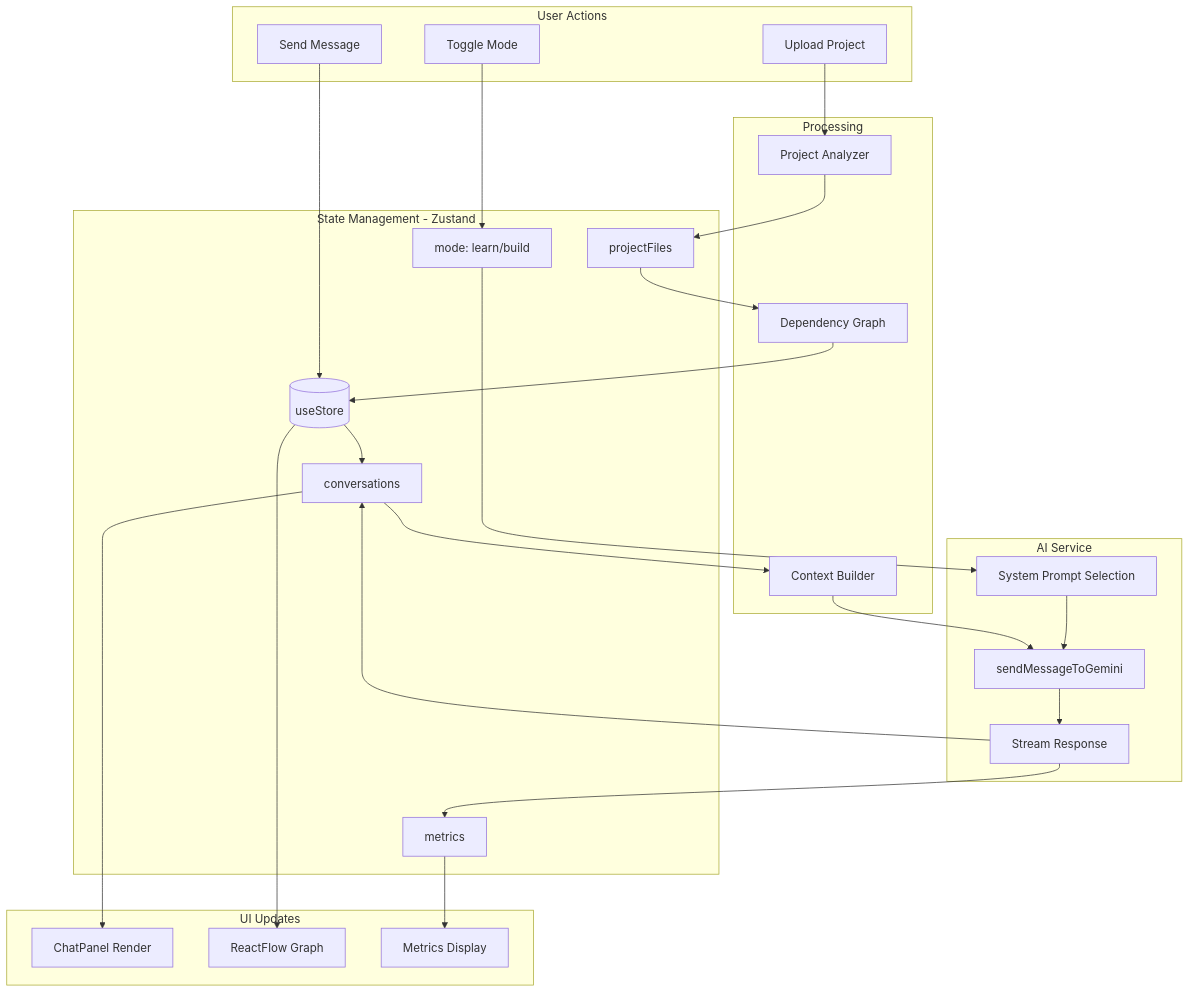
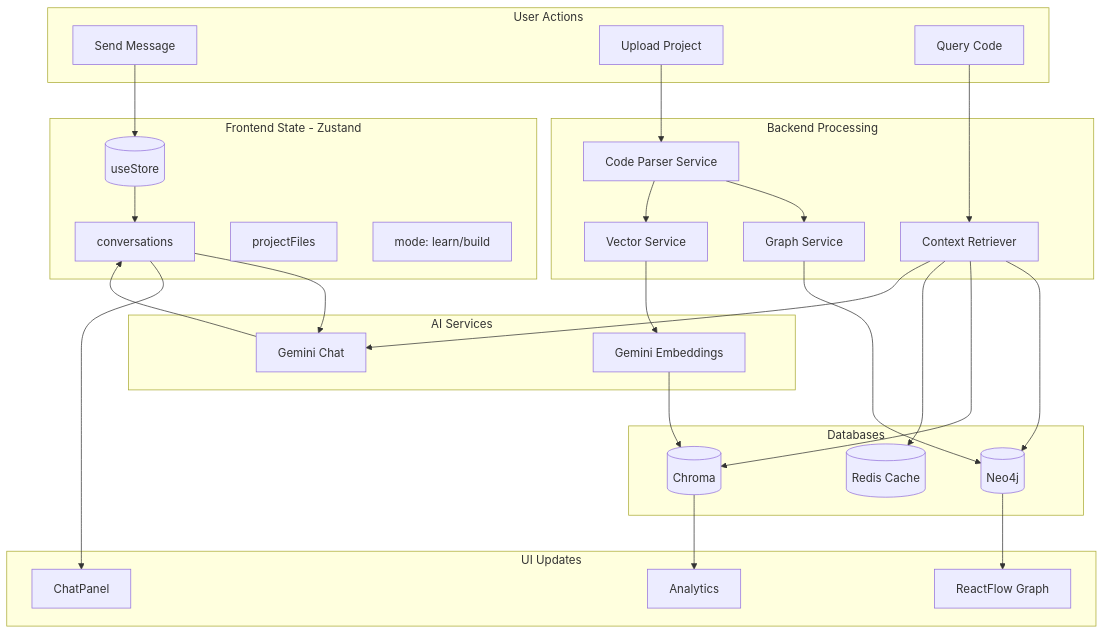
One commit to Ishan-K9868/socraticDev-final changed the fourth of 6 diagrams in README.md. Above: the diagram before and after it, drawn with Mermaid. The commit also changed other lines of this file and 114 other files, not shown here.

````diff
--- a/README.md
+++ b/README.md
@@ -354,56 +498,63 @@
 ```mermaid
 flowchart TB
     subgraph "User Actions"
         MSG[Send Message]
         UPLOAD[Upload Project]
-        TOGGLE[Toggle Mode]
+        QUERY[Query Code]
     end
 
-    subgraph "State Management - Zustand"
+    subgraph "Frontend State - Zustand"
         STORE[(useStore)]
         CONV[conversations]
         FILES[projectFiles]
         MODE[mode: learn/build]
-        METRICS[metrics]
     end
 
-    subgraph "Processing"
-        PARSE[Project Analyzer]
-        GRAPH[Dependency Graph]
-        EMBED[Context Builder]
+    subgraph "Backend Processing"
+        PARSE_SVC[Code Parser Service]
+        GRAPH_SVC[Graph Service]
+        VECTOR_SVC[Vector Service]
+        CONTEXT_SVC[Context Retriever]
     end
 
-    subgraph "AI Service"
-        PROMPT[System Prompt Selection]
-        GEMINI[sendMessageToGemini]
-        RESP[Stream Response]
+    subgraph "Databases"
+        NEO4J[(Neo4j)]
+        CHROMA[(Chroma)]
+        REDIS[(Redis Cache)]
+    end
+
+    subgraph "AI Services"
+        GEMINI_EMBED[Gemini Embeddings]
+        GEMINI_CHAT[Gemini Chat]
     end
 
     subgraph "UI Updates"
-        CHAT_UI[ChatPanel Render]
+        CHAT_UI[ChatPanel]
         GRAPH_UI[ReactFlow Graph]
-        METER_UI[Metrics Display]
+        METRICS_UI[Analytics]
     end
 
     MSG --> STORE
     STORE --> CONV
-    CONV --> EMBED
-    
-    UPLOAD --> PARSE
-    PARSE --> FILES
-    FILES --> GRAPH
-    GRAPH --> STORE
 
-    TOGGLE --> MODE
-    MODE --> PROMPT
+    UPLOAD --> PARSE_SVC
+    PARSE_SVC --> GRAPH_SVC
+    PARSE_SVC --> VECTOR_SVC
 
-    EMBED --> GEMINI
-    PROMPT --> GEMINI
-    GEMINI --> RESP
-    RESP --> CONV
-    RESP --> METRICS
+    GRAPH_SVC --> NEO4J
+    VECTOR_SVC --> GEMINI_EMBED
+    GEMINI_EMBED --> CHROMA
 
+    QUERY --> CONTEXT_SVC
+    CONTEXT_SVC --> NEO4J
+    CONTEXT_SVC --> CHROMA
+    CONTEXT_SVC --> REDIS
+
+    CONV --> GEMINI_CHAT
+    CONTEXT_SVC --> GEMINI_CHAT
+
+    GEMINI_CHAT --> CONV
+    NEO4J --> GRAPH_UI
+    CHROMA --> METRICS_UI
     CONV --> CHAT_UI
-    STORE --> GRAPH_UI
-    METRICS --> METER_UI
 ```
````
